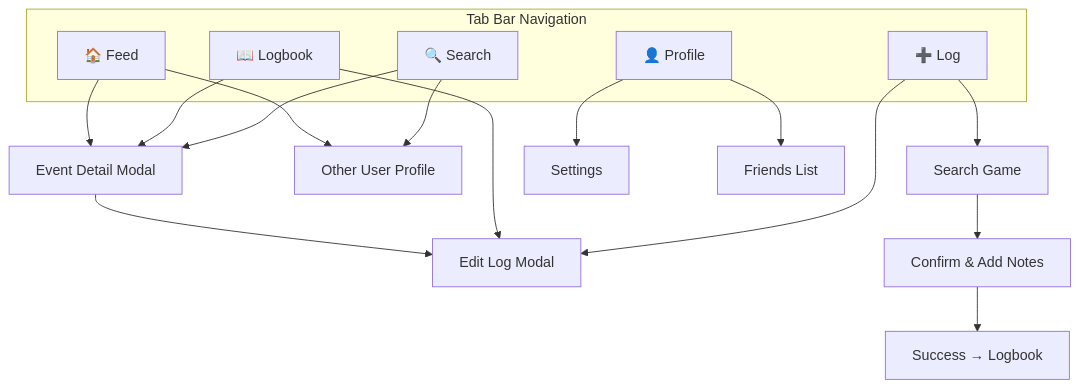
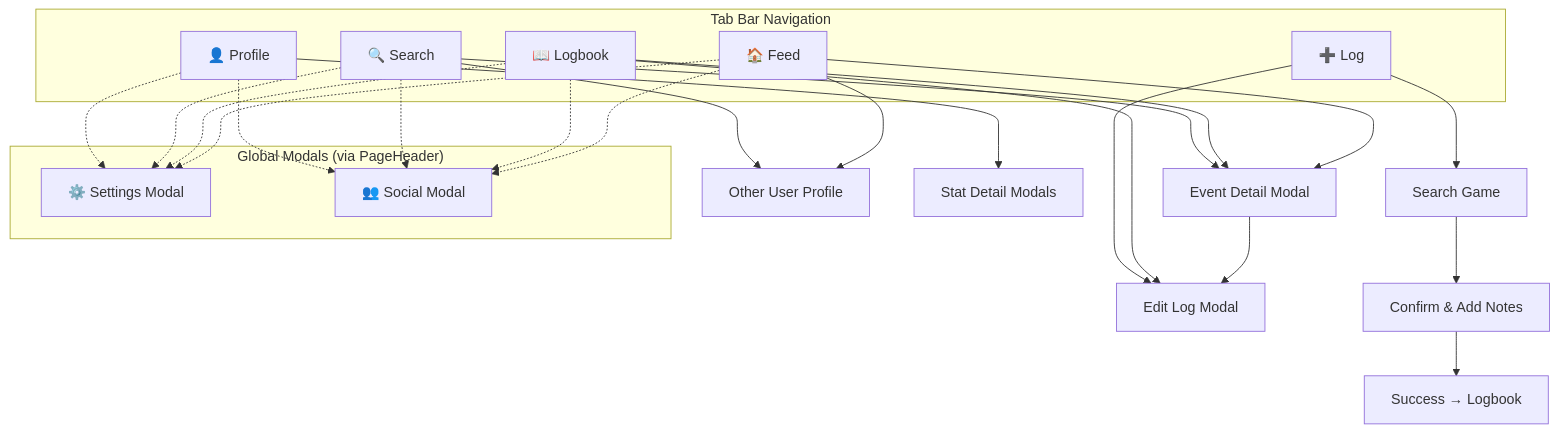
The first of 3 diagrams in docs/UI_AND_FLOWS.md (jonahr4/LogIt), drawn with Mermaid before and after one commit. The commit also changed other lines of this file and 10 other files, not shown here.

First line of the commit message:
feat: unified modal system, profile redesign, global settings

````diff
--- a/docs/UI_AND_FLOWS.md
+++ b/docs/UI_AND_FLOWS.md
@@ -17,24 +17,37 @@
 ```mermaid
 graph TB
     subgraph Tabs["Tab Bar Navigation"]
         Feed["🏠 Feed"]
         Logbook["📖 Logbook"]
         AddLog["➕ Log"]
         Search["🔍 Search"]
         Profile["👤 Profile"]
     end
 
     Feed --> EventDetail["Event Detail Modal"]
     Feed --> UserProfile["Other User Profile"]
     EventDetail --> EditLogModal["Edit Log Modal"]
     Logbook --> EventDetail
     Logbook --> EditLogModal
     AddLog --> EditLogModal
     AddLog --> SearchGame["Search Game"]
     Search --> EventDetail
     Search --> UserProfile
     SearchGame --> ConfirmLog["Confirm & Add Notes"]
     ConfirmLog --> LogSuccess["Success → Logbook"]
-    Profile --> Settings["Settings"]
-    Profile --> FriendsList["Friends List"]
+
+    subgraph GlobalModals["Global Modals (via PageHeader)"]
+        SettingsModal["⚙️ Settings Modal"]
+        SocialModal["👥 Social Modal"]
+    end
+
+    Feed -.-> SettingsModal
+    Feed -.-> SocialModal
+    Logbook -.-> SettingsModal
+    Logbook -.-> SocialModal
+    Search -.-> SettingsModal
+    Search -.-> SocialModal
+    Profile -.-> SettingsModal
+    Profile -.-> SocialModal
+    Profile --> StatModals["Stat Detail Modals"]
 ```
````
